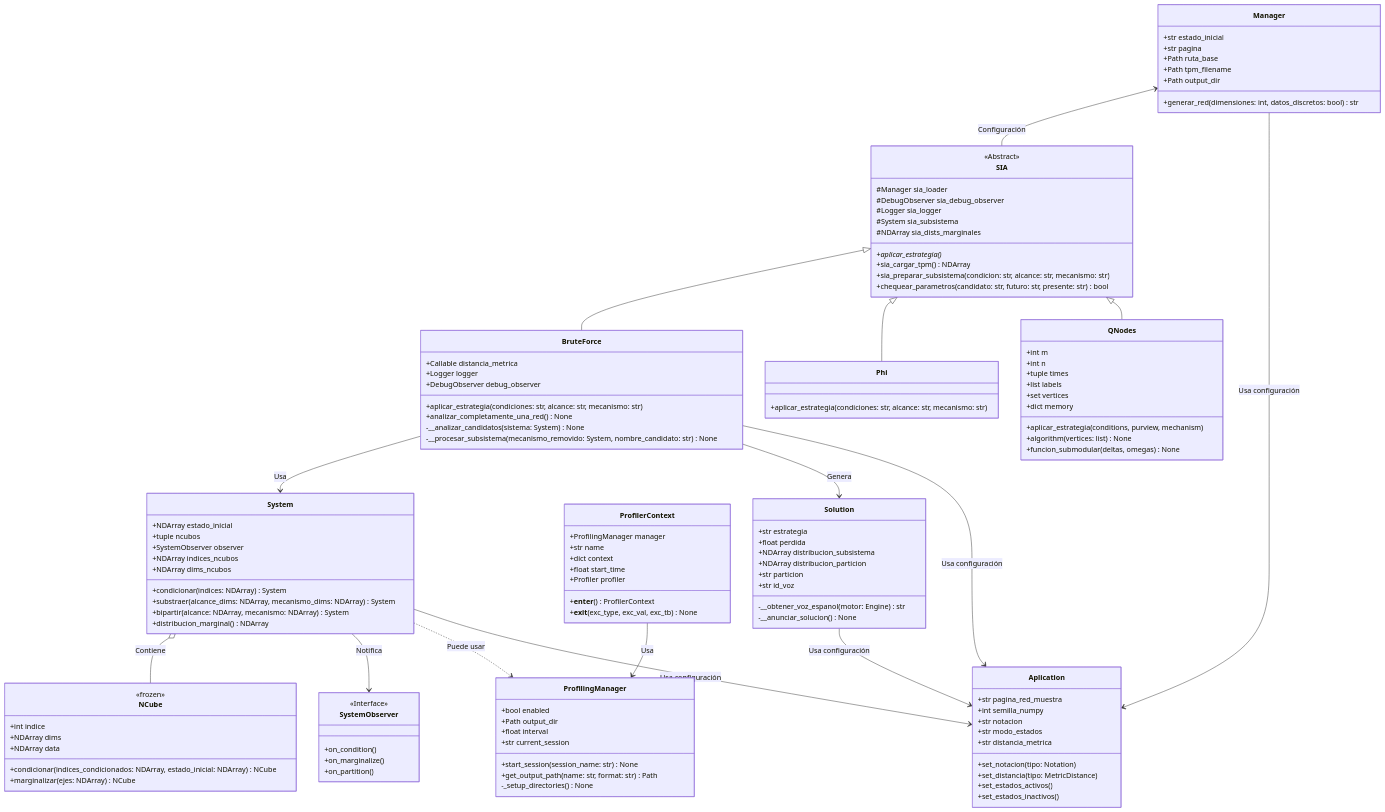
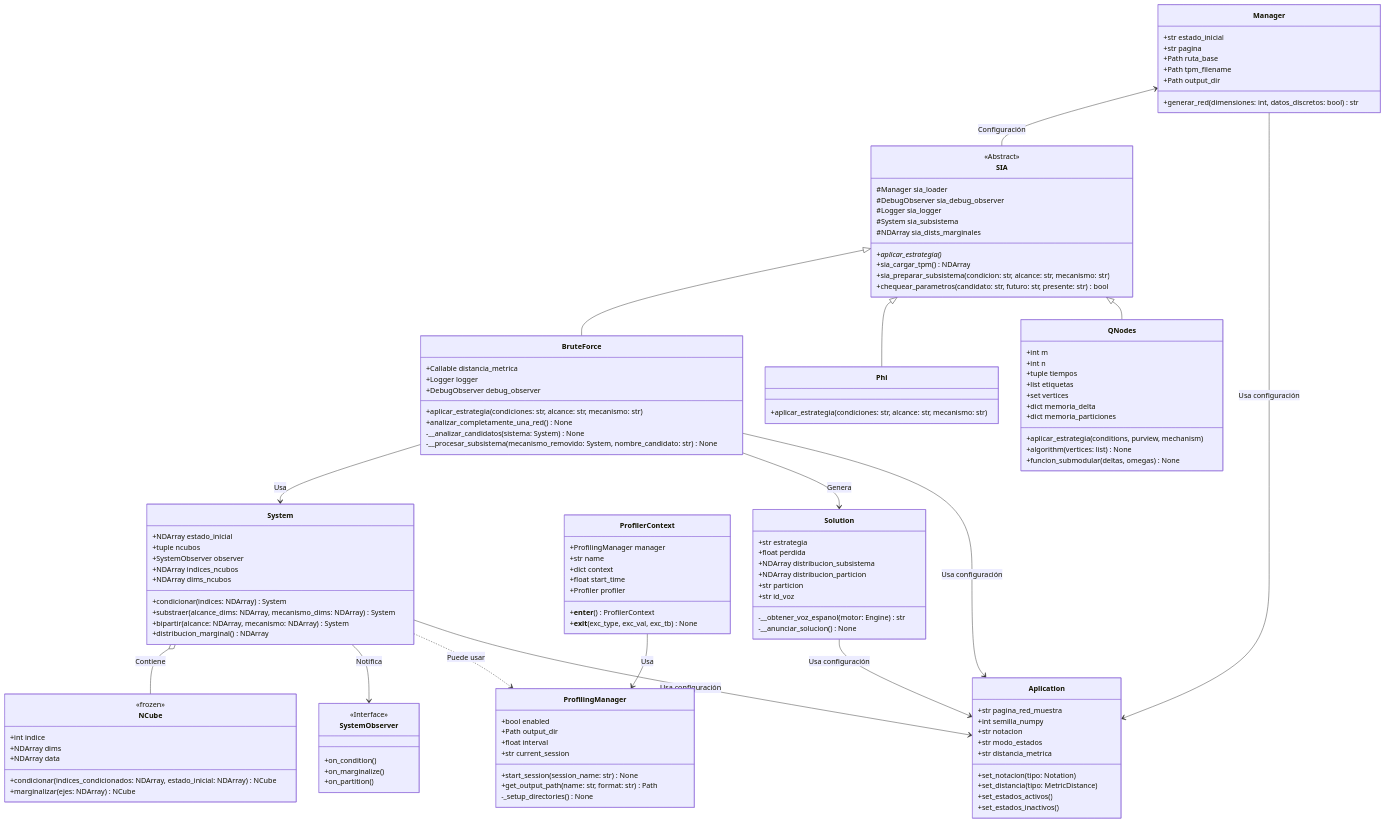
The diagram in .docs/diagrams/classes.md (Lina12Nieto/AlgoritmosELINA), drawn with Mermaid before and after one commit. The commit also changed 2 other files, not shown here.

Commit message:
Renamings in q-strat

```diff
--- a/.docs/diagrams/classes.md
+++ b/.docs/diagrams/classes.md
@@ -108,10 +108,11 @@
     class QNodes{
         +int m
         +int n
-        +tuple times
-        +list labels
+        +tuple tiempos
+        +list etiquetas
         +set vertices
-        +dict memory
+        +dict memoria_delta
+        +dict memoria_particiones
         +aplicar_estrategia(conditions, purview, mechanism)
         +algorithm(vertices: list) None
         +funcion_submodular(deltas, omegas) None
```
